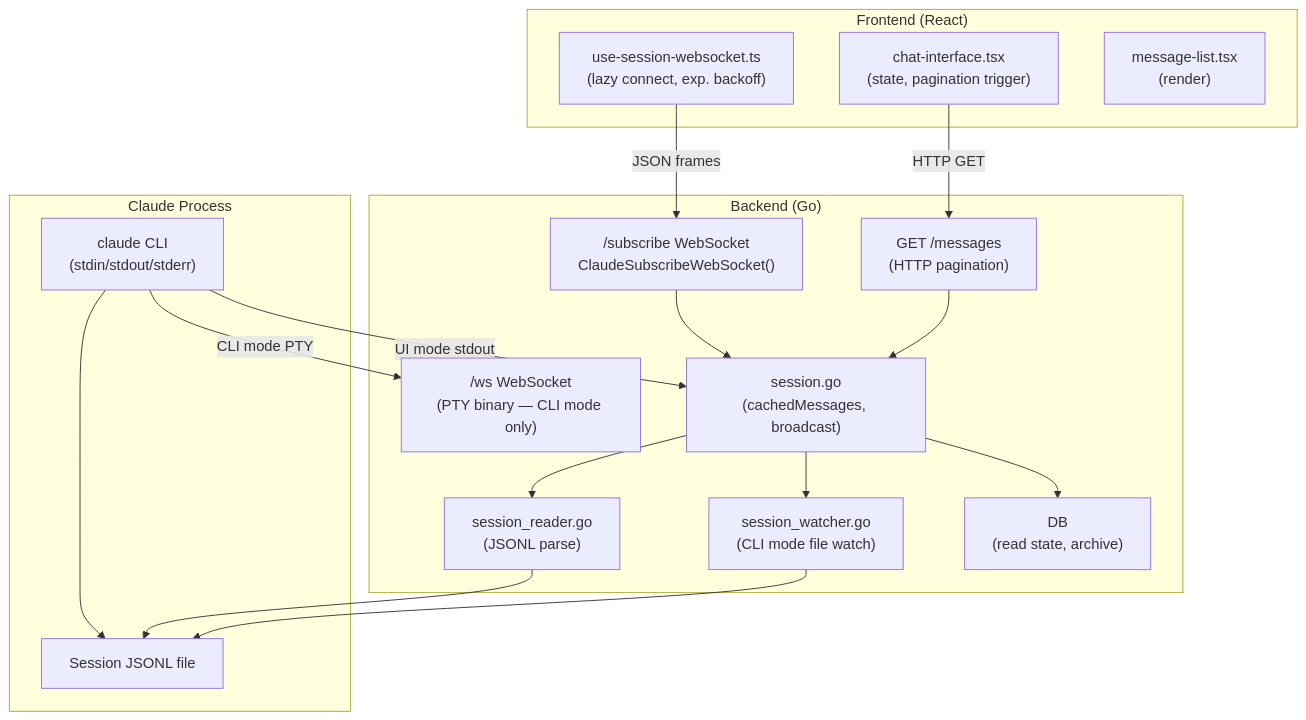
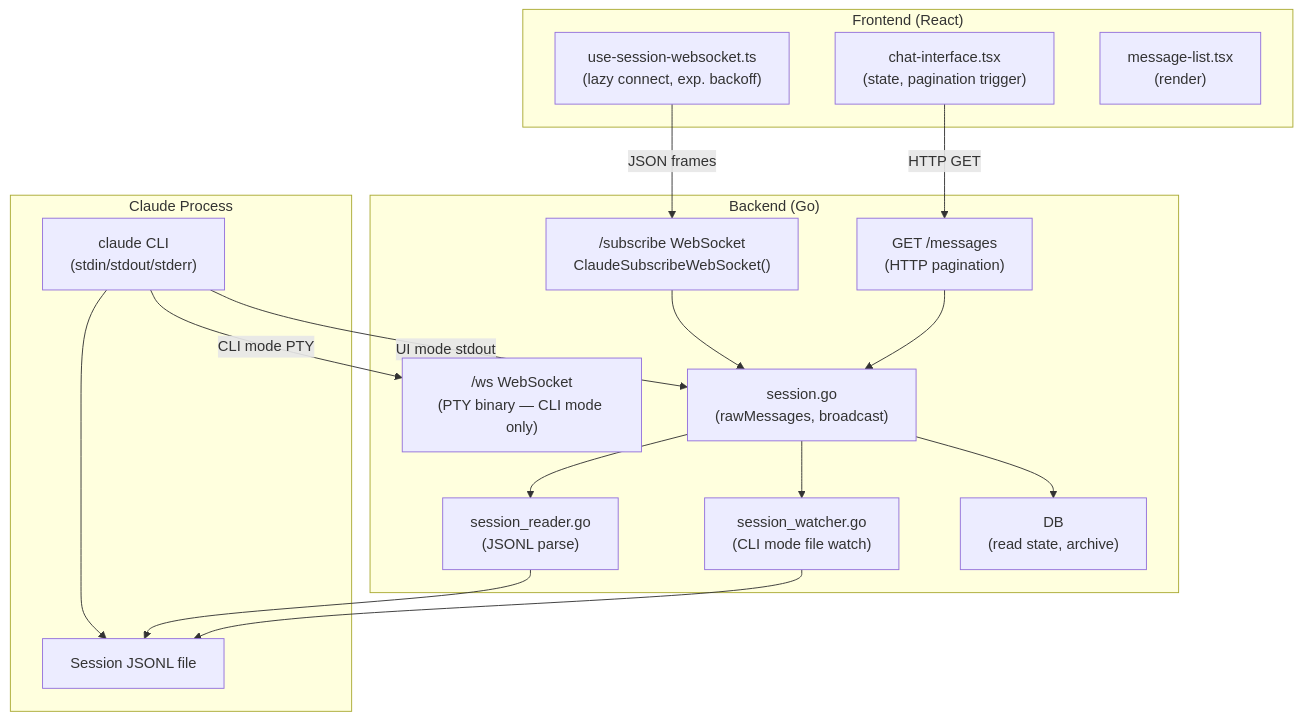
Before and after one commit to xiaoyuanzhu-com/my-life-db-docs: the first of 3 diagrams in src/content/docs/internal/claude-code/session-messages-review.md, drawn with Mermaid. The commit also changed other lines of this file, not shown here.

First line of the commit message:
docs: refactor session messages review for append-only raw messages and page-based pagination

````diff
--- a/src/content/docs/internal/claude-code/session-messages-review.md
+++ b/src/content/docs/internal/claude-code/session-messages-review.md
@@ -54,36 +54,36 @@
 ```mermaid
 graph TD
     subgraph Frontend["Frontend (React)"]
         WS_HOOK["use-session-websocket.ts\n(lazy connect, exp. backoff)"]
         CHAT["chat-interface.tsx\n(state, pagination trigger)"]
         MSG_LIST["message-list.tsx\n(render)"]
     end
 
     subgraph Backend["Backend (Go)"]
         SUBSCRIBE["/subscribe WebSocket\nClaudeSubscribeWebSocket()"]
         TERMINAL["/ws WebSocket\n(PTY binary — CLI mode only)"]
         HTTP_MSG["GET /messages\n(HTTP pagination)"]
-        SESSION["session.go\n(cachedMessages, broadcast)"]
+        SESSION["session.go\n(rawMessages, broadcast)"]
         READER["session_reader.go\n(JSONL parse)"]
         WATCHER["session_watcher.go\n(CLI mode file watch)"]
         DB["DB\n(read state, archive)"]
     end
 
     subgraph Upstream["Claude Process"]
         CLAUDE_PROC["claude CLI\n(stdin/stdout/stderr)"]
         JSONL["Session JSONL file"]
     end
 
     WS_HOOK -->|"JSON frames"| SUBSCRIBE
     CHAT -->|"HTTP GET"| HTTP_MSG
     SUBSCRIBE --> SESSION
     HTTP_MSG --> SESSION
     SESSION --> READER
     SESSION --> WATCHER
     CLAUDE_PROC -->|UI mode stdout| SESSION
     CLAUDE_PROC -->|CLI mode PTY| TERMINAL
     CLAUDE_PROC --> JSONL
     READER --> JSONL
     WATCHER --> JSONL
     SESSION --> DB
 ```
````
